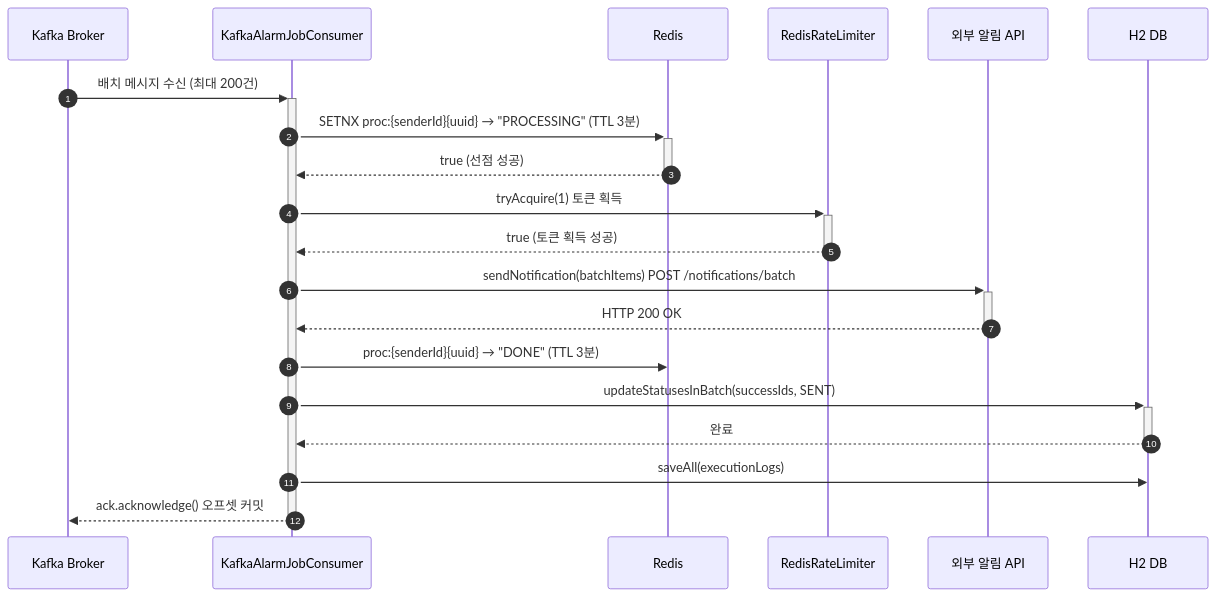
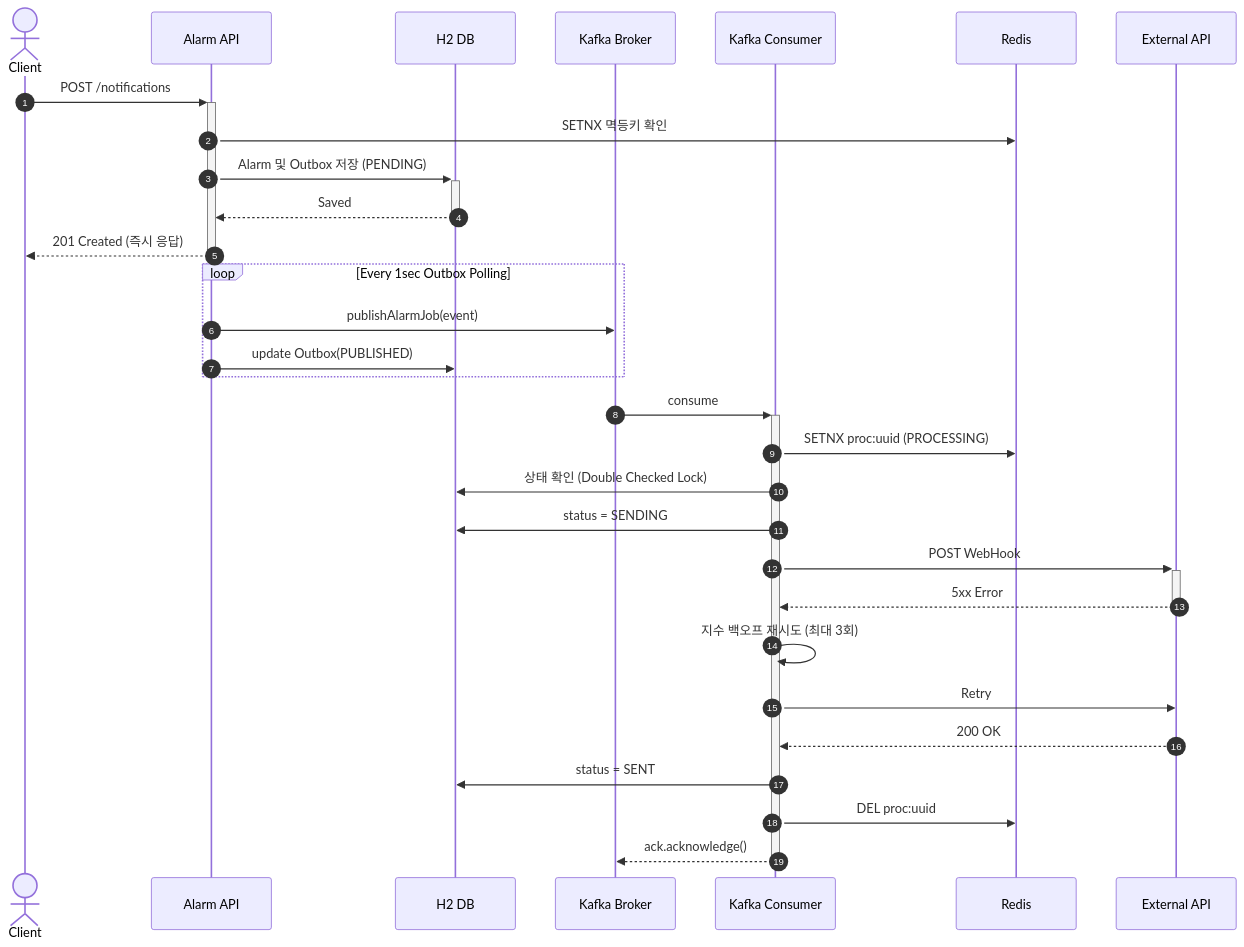
The second of 2 diagrams in README.md (wonjae124/messege_api), drawn with Mermaid before and after one commit. The commit also changed other lines of this file, not shown here.

````diff
--- a/README.md
+++ b/README.md
@@ -85,23 +461,37 @@
 ```mermaid
 sequenceDiagram
     autonumber
+    actor Client
+    participant API as Alarm API
+    participant DB as H2 DB
     participant Kafka as Kafka Broker
-    participant Consumer as KafkaAlarmJobConsumer
+    participant Worker as Kafka Consumer
     participant Redis as Redis
-    participant RateLimiter as RedisRateLimiter
-    participant ExtAPI as 외부 알림 API
-    participant DB as H2 DB
+    participant Ext as External API
 
-    Kafka->>+Consumer: 배치 메시지 수신 (최대 200건)
-    Consumer->>+Redis: SETNX proc:{senderId}{uuid} → "PROCESSING" (TTL 3분)
-    Redis-->>-Consumer: true (선점 성공)
-    Consumer->>+RateLimiter: tryAcquire(1) 토큰 획득
-    RateLimiter-->>-Consumer: true (토큰 획득 성공)
-    Consumer->>+ExtAPI: sendNotification(batchItems) POST /notifications/batch
-    ExtAPI-->>-Consumer: HTTP 200 OK
-    Consumer->>Redis: proc:{senderId}{uuid} → "DONE" (TTL 3분)
-    Consumer->>+DB: updateStatusesInBatch(successIds, SENT)
-    DB-->>-Consumer: 완료
-    Consumer->>DB: saveAll(executionLogs)
-    Consumer-->>-Kafka: ack.acknowledge() 오프셋 커밋
+    Client->>+API: POST /notifications
+    API->>Redis: SETNX 멱등키 확인
+    API->>+DB: Alarm 및 Outbox 저장 (PENDING)
+    DB-->>-API: Saved
+    API-->>-Client: 201 Created (즉시 응답)
+
+    loop Every 1sec Outbox Polling
+        API->>Kafka: publishAlarmJob(event)
+        API->>DB: update Outbox(PUBLISHED)
+    end
+
+    Kafka->>+Worker: consume
+    Worker->>Redis: SETNX proc:uuid (PROCESSING)
+    Worker->>DB: 상태 확인 (Double Checked Lock)
+    Worker->>DB: status = SENDING
+    
+    Worker->>+Ext: POST WebHook
+    Ext-->>-Worker: 5xx Error
+    Worker->>Worker: 지수 백오프 재시도 (최대 3회)
+    Worker->>Ext: Retry
+    Ext-->>Worker: 200 OK
+
+    Worker->>DB: status = SENT
+    Worker->>Redis: DEL proc:uuid
+    Worker-->>-Kafka: ack.acknowledge()
 ```
````
